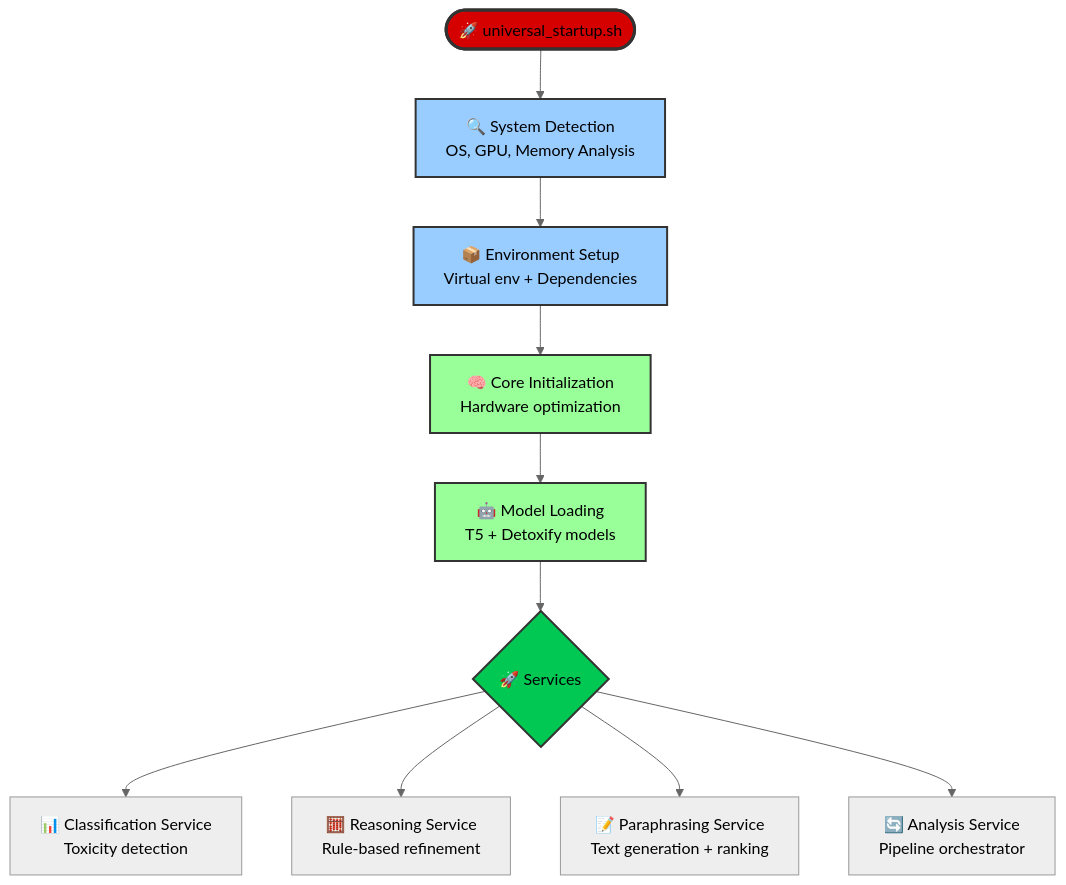
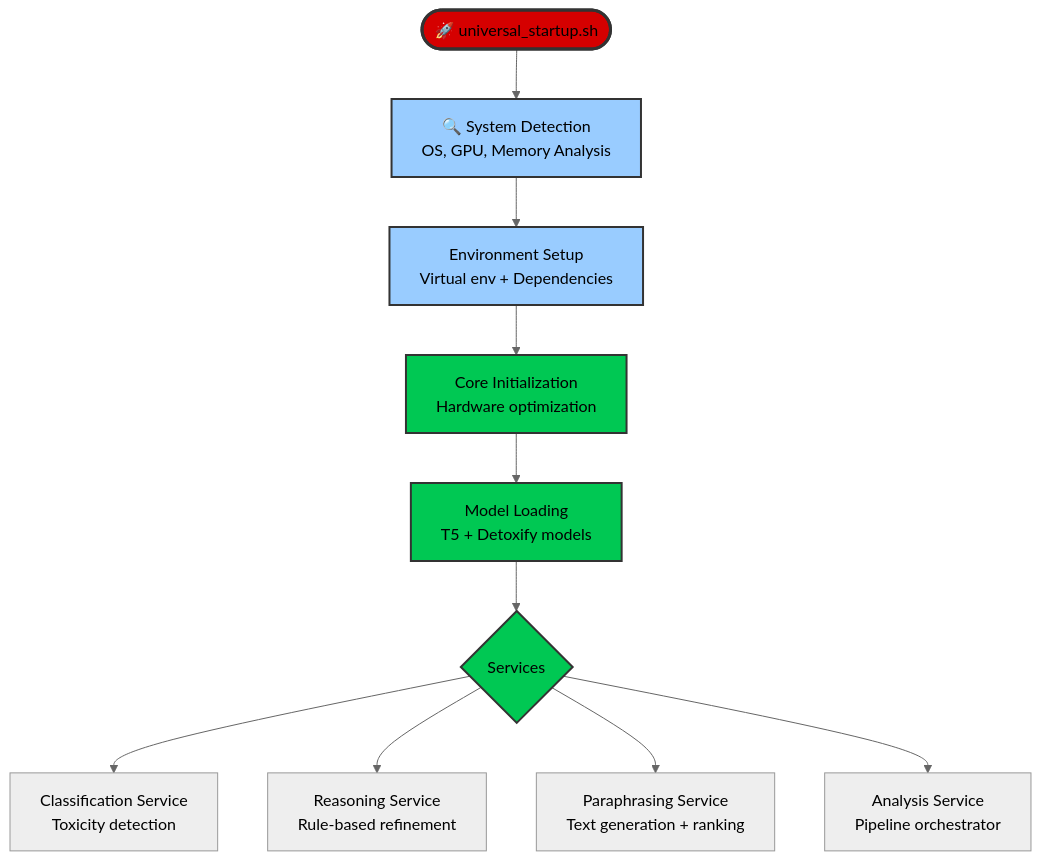
Before and after one commit to AntonioRinaldidev/toxic-radar: the first of 2 diagrams in AI/README.MD, drawn with Mermaid (neutral theme). The commit also changed other lines of this file, not shown here.

````diff
--- a/AI/README.MD
+++ b/AI/README.MD
@@ -79,20 +79,20 @@
 ```mermaid
 flowchart TD
     Start([🚀 universal_startup.sh]) --> SystemDetect[🔍 System Detection<br/>OS, GPU, Memory Analysis]
-    SystemDetect --> VenvSetup[📦 Environment Setup<br/>Virtual env + Dependencies]
-    VenvSetup --> CoreInit[🧠 Core Initialization<br/>Hardware optimization]
-    CoreInit --> ModelLoad[🤖 Model Loading<br/>T5 + Detoxify models]
-    ModelLoad --> Services{🚀 Services}
+    SystemDetect --> VenvSetup[Environment Setup<br/>Virtual env + Dependencies]
+    VenvSetup --> CoreInit[Core Initialization<br/>Hardware optimization]
+    CoreInit --> ModelLoad[Model Loading<br/>T5 + Detoxify models]
+    ModelLoad --> Services{Services}
     
-    Services --> Classifier[📊 Classification Service<br/>Toxicity detection]
-    Services --> Reasoning[🧮 Reasoning Service<br/>Rule-based refinement]
-    Services --> Paraphrasing[📝 Paraphrasing Service<br/>Text generation + ranking]
-    Services --> Analysis[🔄 Analysis Service<br/>Pipeline orchestrator]
+    Services --> Classifier[Classification Service<br/>Toxicity detection]
+    Services --> Reasoning[Reasoning Service<br/>Rule-based refinement]
+    Services --> Paraphrasing[Paraphrasing Service<br/>Text generation + ranking]
+    Services --> Analysis[Analysis Service<br/>Pipeline orchestrator]
     style Start  fill:#D50000,stroke:#333,stroke-width:3px
     style SystemDetect fill:#99ccff,stroke:#333,stroke-width:2px
     style VenvSetup fill:#99ccff,stroke:#333,stroke-width:2px
-    style CoreInit fill:#99ff99,stroke:#333,stroke-width:2px
-    style ModelLoad fill:#99ff99,stroke:#333,stroke-width:2px
+    style CoreInit fill:#00C853,stroke:#333,stroke-width:2px
+    style ModelLoad fill:#00C853,stroke:#333,stroke-width:2px
     style Services fill:#00C853,stroke:#333,stroke-width:2px
     
 ```
````
